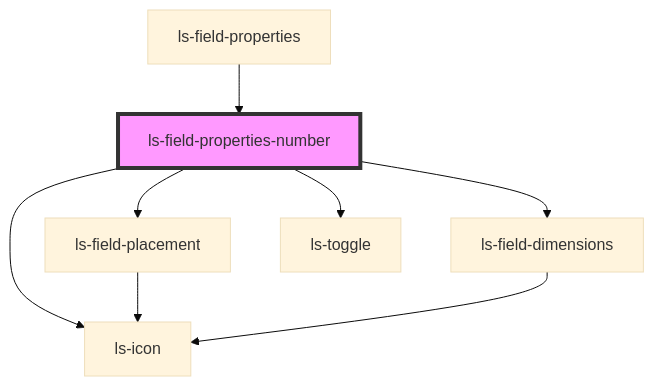
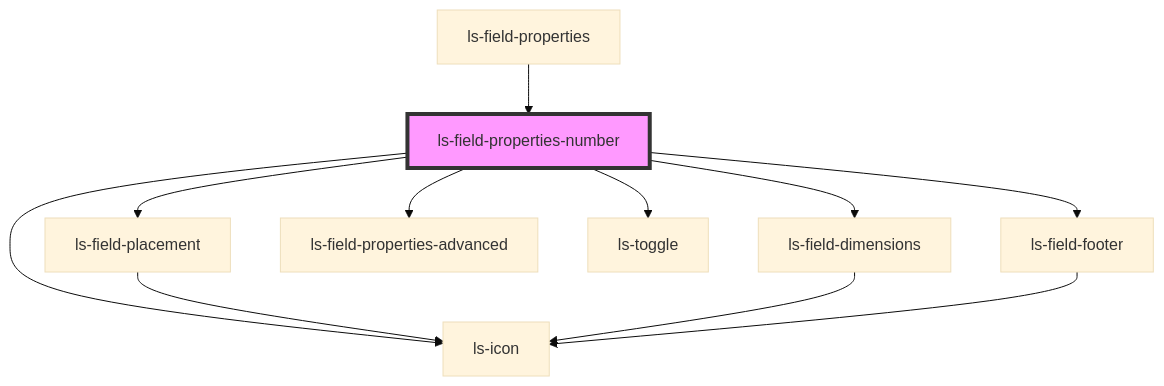
One commit to legalesign/ls-document-viewer changed the diagram in src/components/ls-field-properties-number/readme.md. Above: the diagram before and after it, drawn with Mermaid (base theme). The commit also changed other lines of this file and 25 other files, not shown here.

````diff
--- a/src/components/ls-field-properties-number/readme.md
+++ b/src/components/ls-field-properties-number/readme.md
@@ -30,11 +32,14 @@
 ```mermaid
 graph TD;
   ls-field-properties-number --> ls-field-placement
   ls-field-properties-number --> ls-field-dimensions
+  ls-field-properties-number --> ls-field-properties-advanced
   ls-field-properties-number --> ls-icon
   ls-field-properties-number --> ls-toggle
+  ls-field-properties-number --> ls-field-footer
   ls-field-placement --> ls-icon
   ls-field-dimensions --> ls-icon
+  ls-field-footer --> ls-icon
   ls-field-properties --> ls-field-properties-number
   style ls-field-properties-number fill:#f9f,stroke:#333,stroke-width:4px
 ```
````
